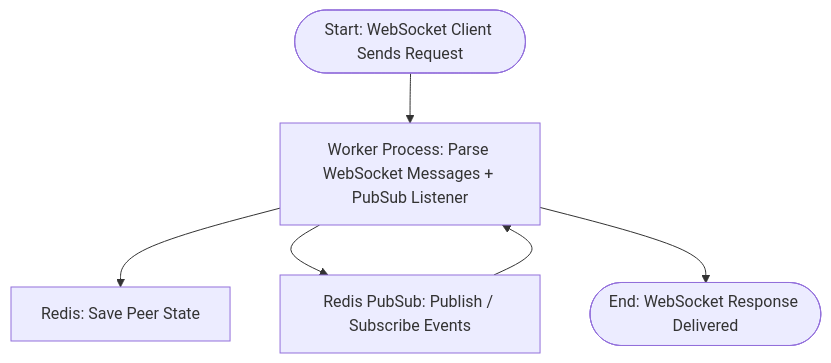
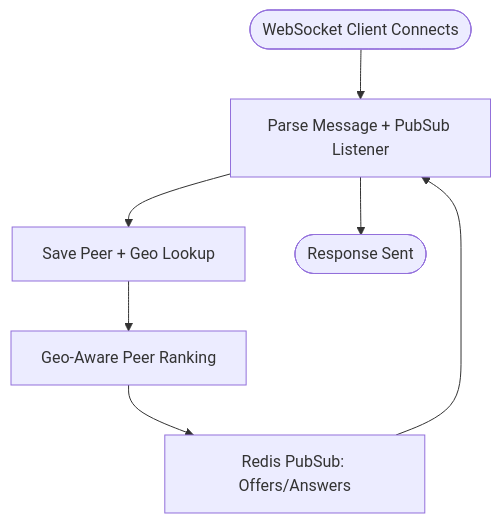
Before and after one commit to coreproject-moe/coreproject: the fifth of 7 diagrams in tracker/docs/docs/architecture.md, drawn with Mermaid. The commit also changed other lines of this file and 43 other files, not shown here.

````diff
--- a/tracker/docs/docs/architecture.md
+++ b/tracker/docs/docs/architecture.md
@@ -196,15 +298,12 @@
 ```mermaid
 flowchart TD
-    WSStart([Start: WebSocket Client Sends Request])
-    WSWorker[Worker Process: Parse WebSocket Messages + PubSub Listener]
-    WSRedisState[Redis: Save Peer State]
-    WSPubSub[Redis PubSub: Publish / Subscribe Events]
-    WSEnd([End: WebSocket Response Delivered])
-
-    WSStart --> WSWorker
-    WSWorker --> WSRedisState
-    WSWorker --> WSPubSub
-    WSPubSub --> WSWorker
+    WSStart([WebSocket Client Connects])
+    WSWorker[Parse Message + PubSub Listener]
+    WSRedis[Save Peer + Geo Lookup]
+    WSRank[Geo-Aware Peer Ranking]
+    WSPubSub[Redis PubSub: Offers/Answers]
+    WSEnd([Response Sent])
+    WSStart --> WSWorker --> WSRedis --> WSRank
+    WSRank --> WSPubSub --> WSWorker
     WSWorker --> WSEnd
-
 ```
````
